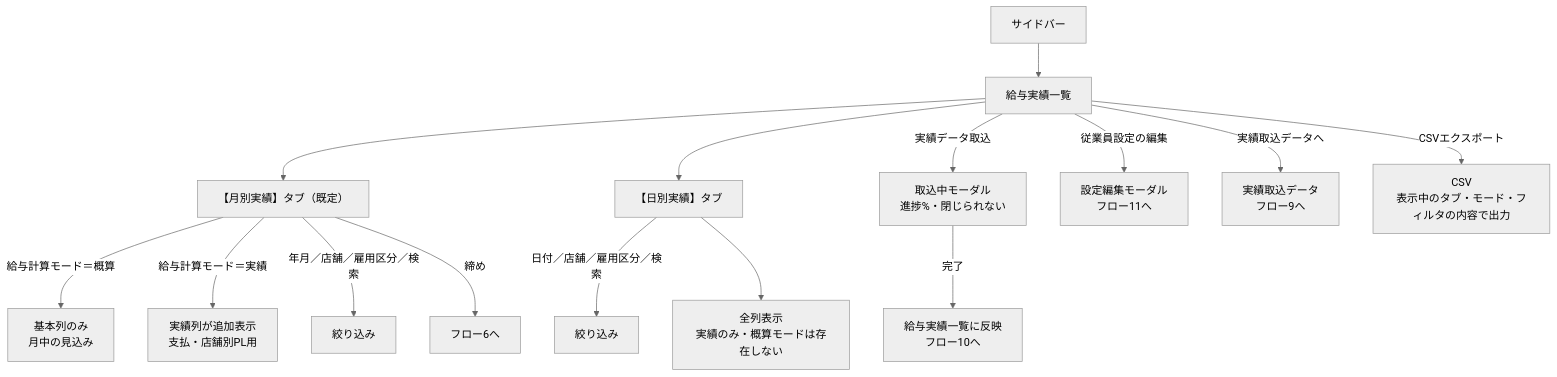
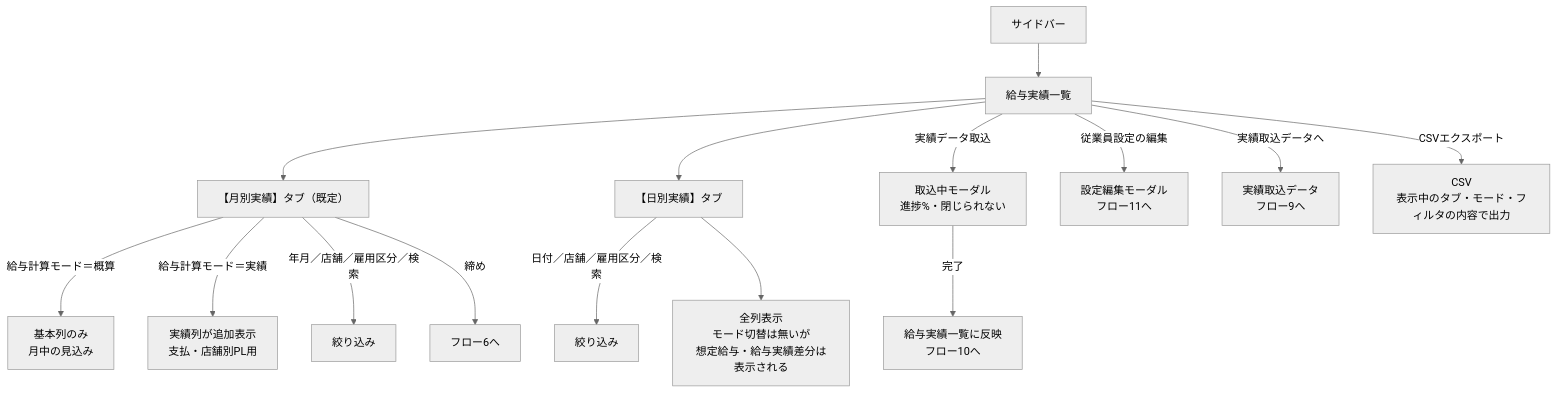
Before and after one commit to suguru789987/rakmy-employee-mgmt-spec: the sixth of 15 diagrams in 20260803_01_従業員管理_仕様書_PdM版.md, drawn with Mermaid (neutral theme). The commit also changed other lines of this file and 9 other files, not shown here.

````diff
--- a/20260803_01_従業員管理_仕様書_PdM版.md
+++ b/20260803_01_従業員管理_仕様書_PdM版.md
@@ -398,20 +398,20 @@
 ```mermaid
 flowchart TB
   SB["サイドバー"] --> LC["給与実績一覧"]
 
   LC --> T1["【月別実績】タブ（既定）"]
   T1 -->|"給与計算モード＝概算"| A["基本列のみ<br/>月中の見込み"]
   T1 -->|"給与計算モード＝実績"| B["実績列が追加表示<br/>支払・店舗別PL用"]
   T1 -->|"年月／店舗／雇用区分／検索"| C["絞り込み"]
   T1 -->|"締め"| D["フロー6へ"]
 
   LC --> T2["【日別実績】タブ"]
   T2 -->|"日付／店舗／雇用区分／検索"| E["絞り込み"]
-  T2 --> F["全列表示<br/>実績のみ・概算モードは存在しない"]
+  T2 --> F["全列表示<br/>モード切替は無いが<br/>想定給与・給与実績差分は表示される"]
 
   LC -->|"実績データ取込"| G["取込中モーダル<br/>進捗%・閉じられない"]
   G -->|"完了"| H["給与実績一覧に反映<br/>フロー10へ"]
   LC -->|"従業員設定の編集"| I["設定編集モーダル<br/>フロー11へ"]
   LC -->|"実績取込データへ"| J["実績取込データ<br/>フロー9へ"]
   LC -->|"CSVエクスポート"| K["CSV<br/>表示中のタブ・モード・フィルタの内容で出力"]
 ```
````
